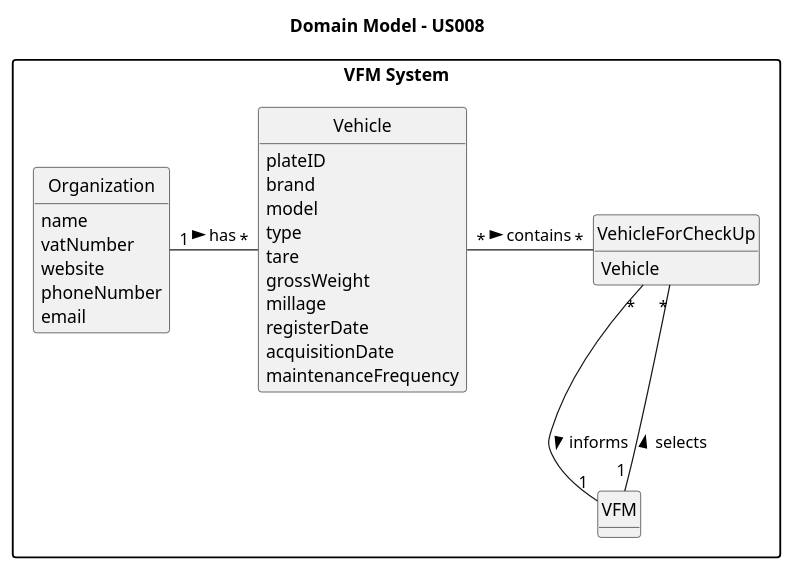
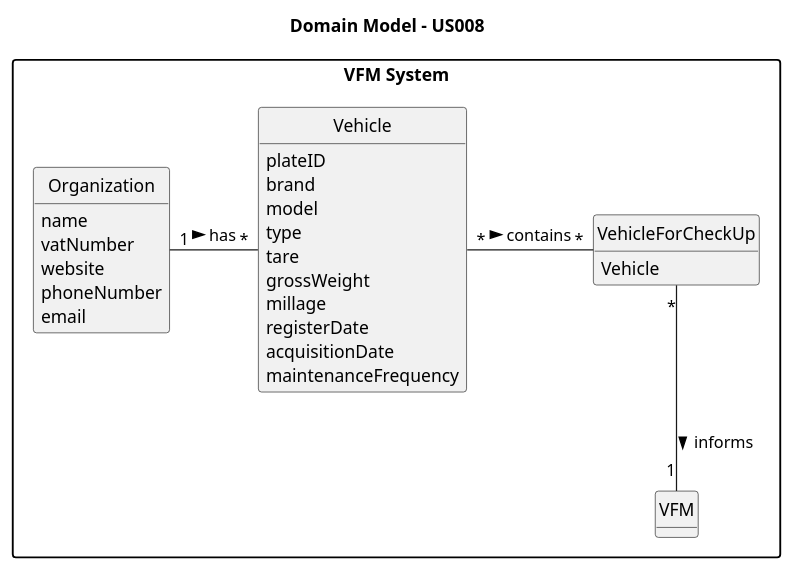
Before and after one commit to SAEmanuel/Green_Spaces_Management_ISEP: the diagram in docs/sprintA/us008/02.analysis/puml/us008-domain-model.puml, drawn with PlantUML. The commit also changed 3 other files, not shown here.

```diff
--- a/docs/sprintA/us008/02.analysis/puml/us008-domain-model.puml
+++ b/docs/sprintA/us008/02.analysis/puml/us008-domain-model.puml
@@ -1,53 +1,53 @@
 @startuml
 skinparam monochrome true
 skinparam packageStyle rectangle
 skinparam shadowing false
 
 'left to right direction
 
 skinparam classAttributeIconSize 0
 
 hide circle
 hide methods
 package "VFM System" {
 
 title Domain Model - US008
 
 class VehicleForCheckUp {
     Vehicle
 }
 
 class VFM {
 }
 
 class Vehicle {
          plateID
          brand
          model
          type
          tare
          grossWeight
          millage
          registerDate
          acquisitionDate
          maintenanceFrequency
 }
 
 class Organization {
 name
 vatNumber
 website
 phoneNumber
 email
 }
 
 
 
 Organization "1" - "*" Vehicle: has >
 Vehicle "*"- "*" VehicleForCheckUp: contains >
 VehicleForCheckUp "*" -- "1" VFM : informs >
-VFM "1" -- "*" VehicleForCheckUp: selects >
+
 
 
 
 @enduml
```
